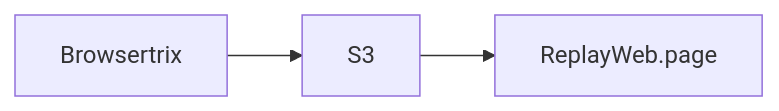
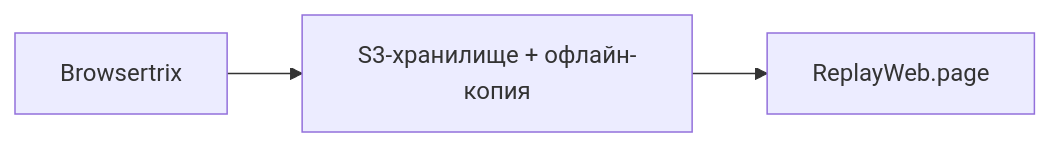
The third of 7 diagrams in kb/instruments/landscape-2026.md (ruarxive/ruarxive.github.io), drawn with Mermaid before and after one commit. The commit also changed other lines of this file and 200 other files, not shown here.

````diff
--- a/kb/instruments/landscape-2026.md
+++ b/kb/instruments/landscape-2026.md
@@ -263,4 +273,4 @@
 ```mermaid
 flowchart LR
-    A["Browsertrix"] --> B["S3"] --> C["ReplayWeb.page"]
+    A["Browsertrix"] --> B["S3-хранилище + офлайн-копия"] --> C["ReplayWeb.page"]
 ```
````
